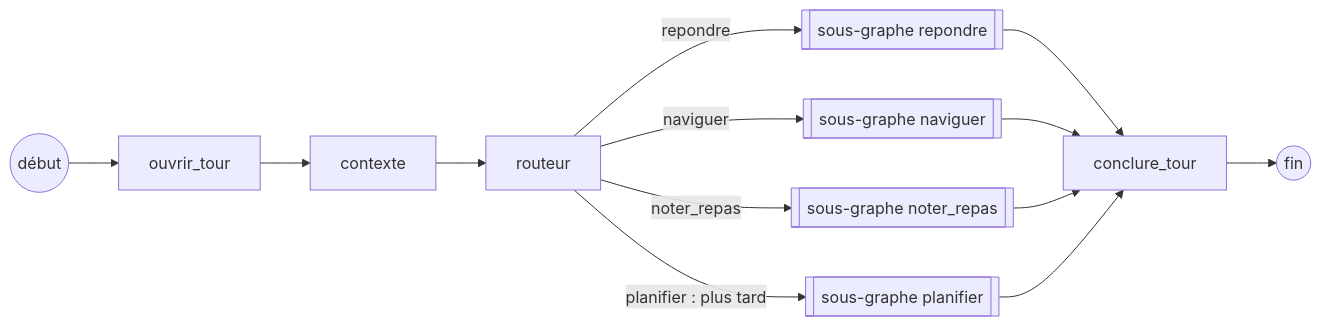
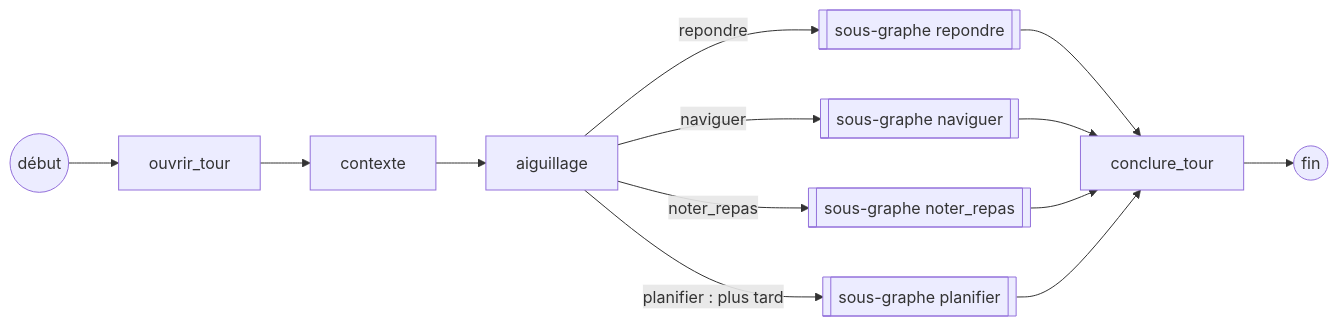
One commit to kamil-bentounes/popote-web changed the second of 4 diagrams in docs/superpowers/plans/2026-11-13-socle-0-5-ia.md. Above: the diagram before and after it, drawn with Mermaid. The commit also changed other lines of this file, not shown here.

First line of the commit message:
docs(plan): réécrit le plan IA en routeur de modèles multi-fournisseurs (#98)

````diff
--- a/docs/superpowers/plans/2026-11-13-socle-0-5-ia.md
+++ b/docs/superpowers/plans/2026-11-13-socle-0-5-ia.md
@@ -353,13 +615,13 @@
 ```mermaid
 flowchart LR
-  S((début)) --> O[ouvrir_tour] --> C[contexte] --> R[routeur]
+  S((début)) --> O[ouvrir_tour] --> C[contexte] --> R[aiguillage]
   R -->|repondre| A[[sous-graphe repondre]]
   R -->|naviguer| N[[sous-graphe naviguer]]
   R -->|noter_repas| M[[sous-graphe noter_repas]]
   R -->|planifier : plus tard| P[[sous-graphe planifier]]
   A --> F[conclure_tour]
   N --> F
   M --> F
   P --> F
   F --> E((fin))
 ```
````
